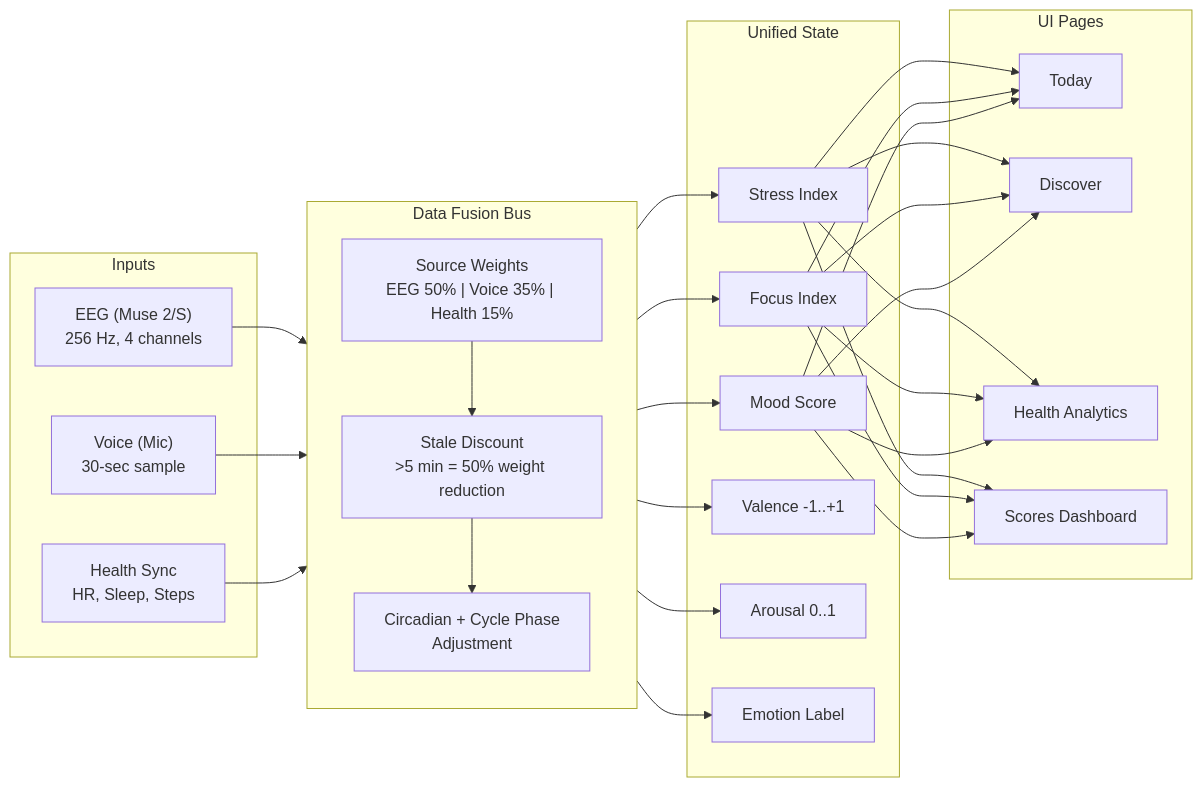
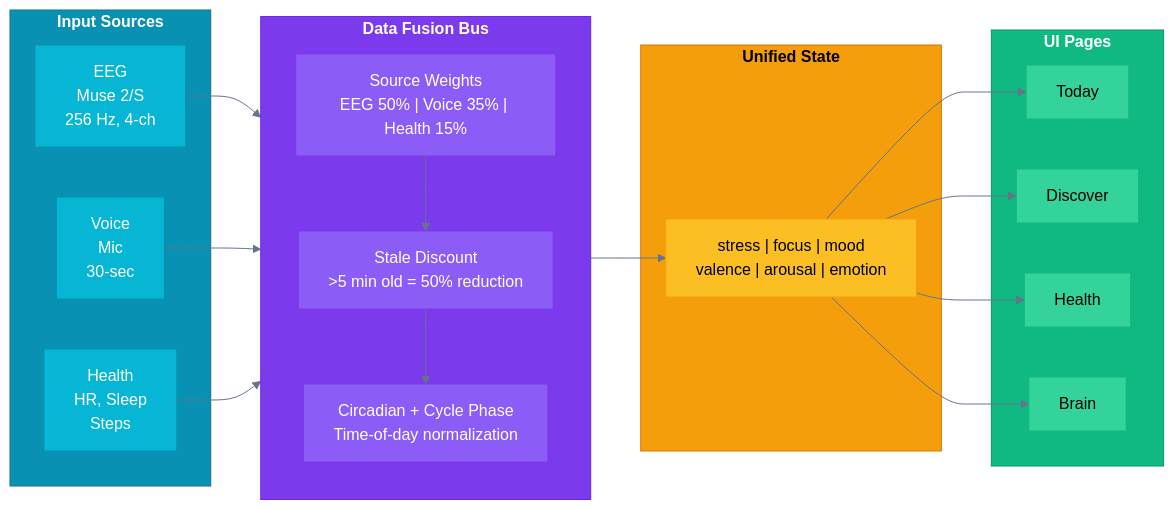
Before and after one commit to getzen-health/DreamAnalysis: the second of 5 diagrams in README.md, drawn with Mermaid. The commit also changed other lines of this file, not shown here.

Commit message:
docs: beautiful colored Mermaid diagrams — purple app, cyan data, green DB, amber ML, pink EEG pipeline

````diff
--- a/README.md
+++ b/README.md
@@ -64,40 +89,52 @@
 ```mermaid
+%%{init: {'theme': 'base', 'themeVariables': { 'primaryColor': '#6366f1', 'lineColor': '#64748b'}}}%%
 graph LR
-    subgraph Inputs
-        EEG["EEG (Muse 2/S)<br/>256 Hz, 4 channels"]
-        Voice["Voice (Mic)<br/>30-sec sample"]
-        Health["Health Sync<br/>HR, Sleep, Steps"]
+    subgraph Inputs["<b>Input Sources</b>"]
+        EEG["EEG<br/>Muse 2/S<br/>256 Hz, 4-ch"]
+        Voice["Voice<br/>Mic<br/>30-sec"]
+        Health["Health<br/>HR, Sleep<br/>Steps"]
     end
 
-    subgraph Fusion["Data Fusion Bus"]
+    subgraph Fusion["<b>Data Fusion Bus</b>"]
         direction TB
         Weights["Source Weights<br/>EEG 50% | Voice 35% | Health 15%"]
-        Stale["Stale Discount<br/>>5 min = 50% weight reduction"]
-        Adjust["Circadian + Cycle Phase<br/>Adjustment"]
+        Stale["Stale Discount<br/>&gt;5 min old = 50% reduction"]
+        Adjust["Circadian + Cycle Phase<br/>Time-of-day normalization"]
     end
 
-    subgraph State["Unified State"]
-        Stress[Stress Index]
-        Focus[Focus Index]
-        Mood[Mood Score]
-        Valence[Valence -1..+1]
-        Arousal[Arousal 0..1]
-        Emotion[Emotion Label]
+    subgraph State["<b>Unified State</b>"]
+        Metrics["stress | focus | mood<br/>valence | arousal | emotion"]
     end
 
-    subgraph Pages["UI Pages"]
-        Today[Today]
-        Discover[Discover]
-        HealthP[Health Analytics]
-        Scores[Scores Dashboard]
+    subgraph Pages["<b>UI Pages</b>"]
+        Today["Today"]
+        Discover["Discover"]
+        HealthP["Health"]
+        Brain["Brain"]
     end
 
     EEG --> Weights
     Voice --> Weights
     Health --> Weights
-    Weights --> Stale --> Adjust
-    Adjust --> Stress & Focus & Mood & Valence & Arousal & Emotion
-    Stress --> Today & Discover & HealthP & Scores
-    Focus --> Today & Discover & HealthP & Scores
-    Mood --> Today & Discover & HealthP & Scores
+    Weights --> Stale --> Adjust --> Metrics
+    Metrics --> Today & Discover & HealthP & Brain
+
+    style Inputs fill:#0891b2,stroke:#0e7490,color:#fff
+    style EEG fill:#06b6d4,stroke:#0891b2,color:#fff
+    style Voice fill:#06b6d4,stroke:#0891b2,color:#fff
+    style Health fill:#06b6d4,stroke:#0891b2,color:#fff
+
+    style Fusion fill:#7c3aed,stroke:#6d28d9,color:#fff
+    style Weights fill:#8b5cf6,stroke:#7c3aed,color:#fff
+    style Stale fill:#8b5cf6,stroke:#7c3aed,color:#fff
+    style Adjust fill:#8b5cf6,stroke:#7c3aed,color:#fff
+
+    style State fill:#f59e0b,stroke:#d97706,color:#000
+    style Metrics fill:#fbbf24,stroke:#f59e0b,color:#000
+
+    style Pages fill:#10b981,stroke:#059669,color:#fff
+    style Today fill:#34d399,stroke:#10b981,color:#000
+    style Discover fill:#34d399,stroke:#10b981,color:#000
+    style HealthP fill:#34d399,stroke:#10b981,color:#000
+    style Brain fill:#34d399,stroke:#10b981,color:#000
 ```
````
